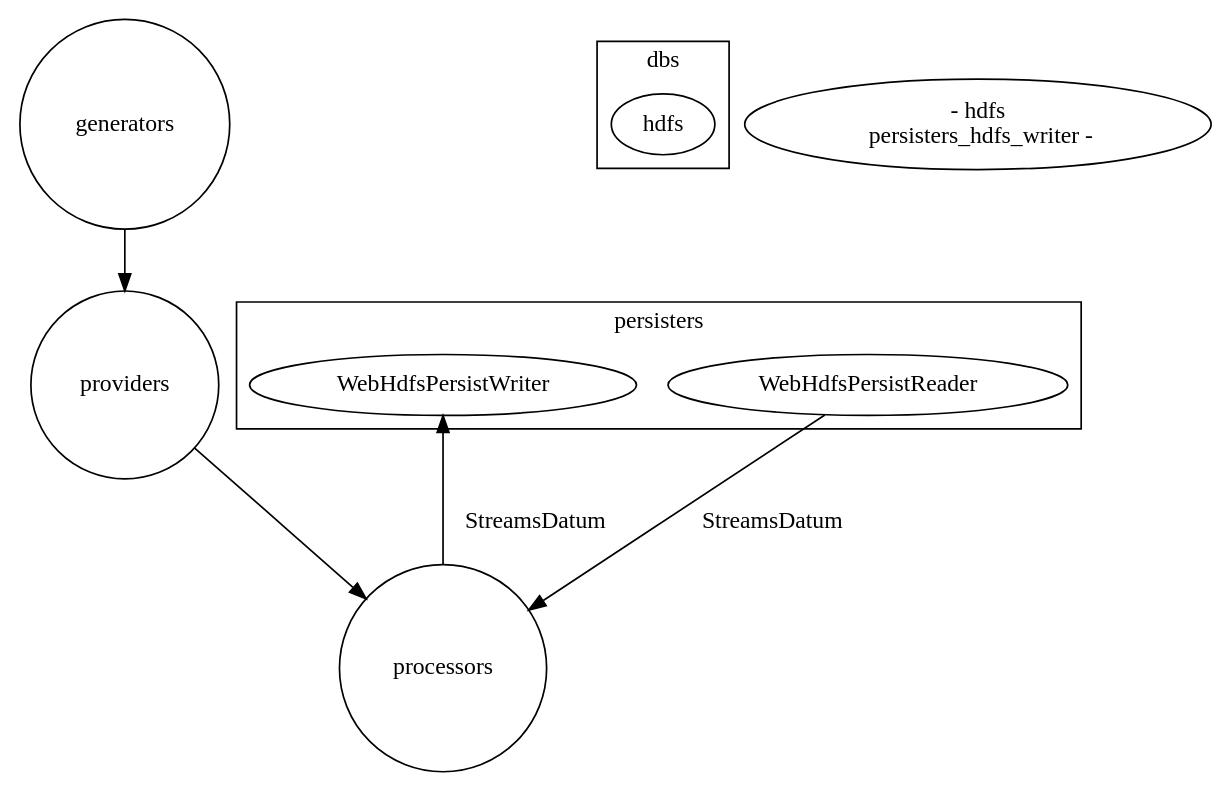
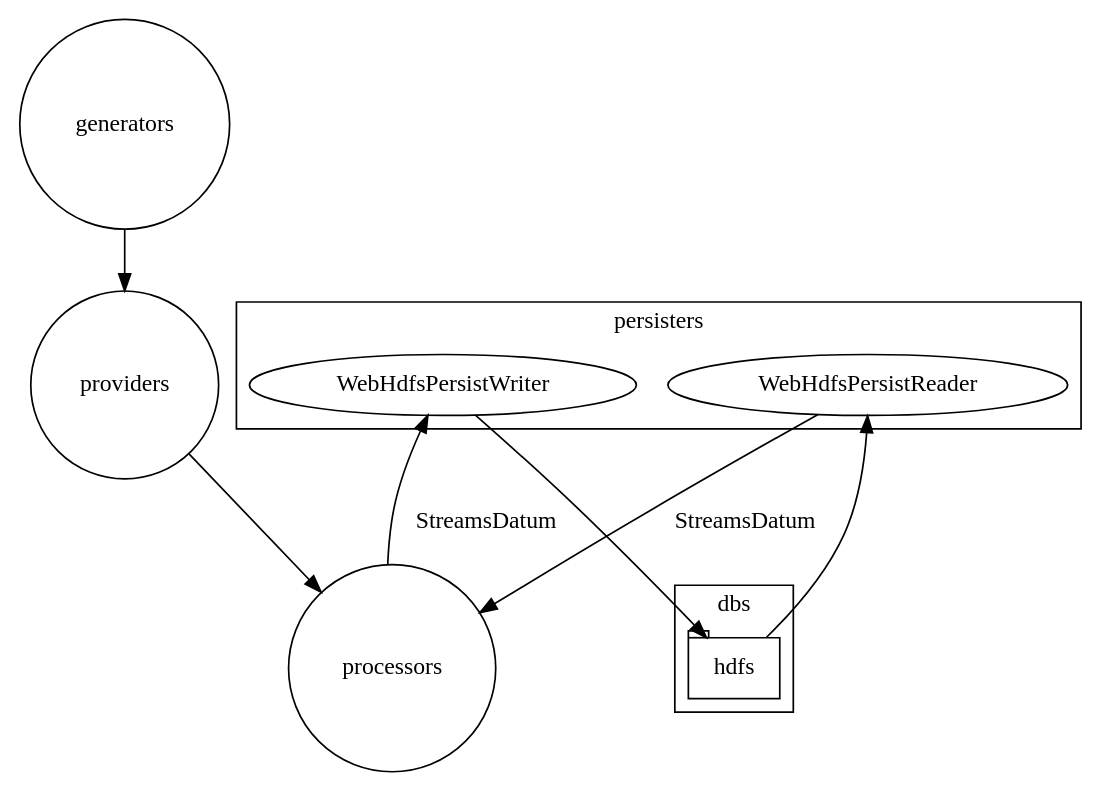
One commit to apache/streams changed the diagram in streams-contrib/streams-persist-hdfs/src/main/resources/components.dot. Above: the diagram before and after it, drawn with Graphviz. The commit also changed 59 other files, not shown here.

Commit message:
another round of README and diagram improvements

```diff
--- a/streams-contrib/streams-persist-hdfs/src/main/resources/components.dot
+++ b/streams-contrib/streams-persist-hdfs/src/main/resources/components.dot
@@ -1,32 +1,32 @@
 digraph g {
 
   graph [compound = true];
 
   //presentation
   splines = true;
   overlap = false;
   rankdir = TB;
 
   generators [label="generators", shape="circle"];
   providers [label="providers", shape="circle"];
   processors [label="processors", shape="circle"];
 
   subgraph cluster_persisters {
     label="persisters";
     persisters_hdfs_reader [label="WebHdfsPersistReader"]
     persisters_hdfs_writer [label="WebHdfsPersistWriter"]
   }
 
   subgraph cluster_dbs {
     label="dbs";
-    hdfs [label="hdfs"]
+    hdfs [label="hdfs", shape="tab"]
   }
 
   generators -> providers
   providers -> processors
   processors -> persisters_hdfs_writer [label="StreamsDatum"]
   persisters_hdfs_reader -> processors [label="StreamsDatum"]
-  persisters_hdfs_reader <- hdfs
+  hdfs -> persisters_hdfs_reader
   persisters_hdfs_writer -> hdfs
 
 }
```
